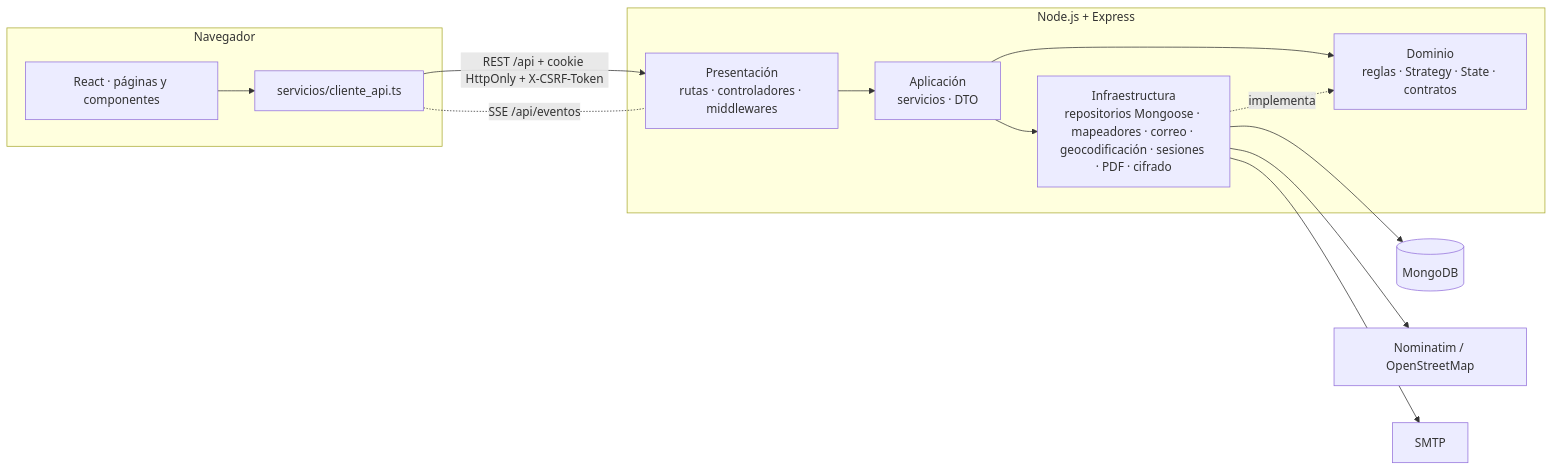
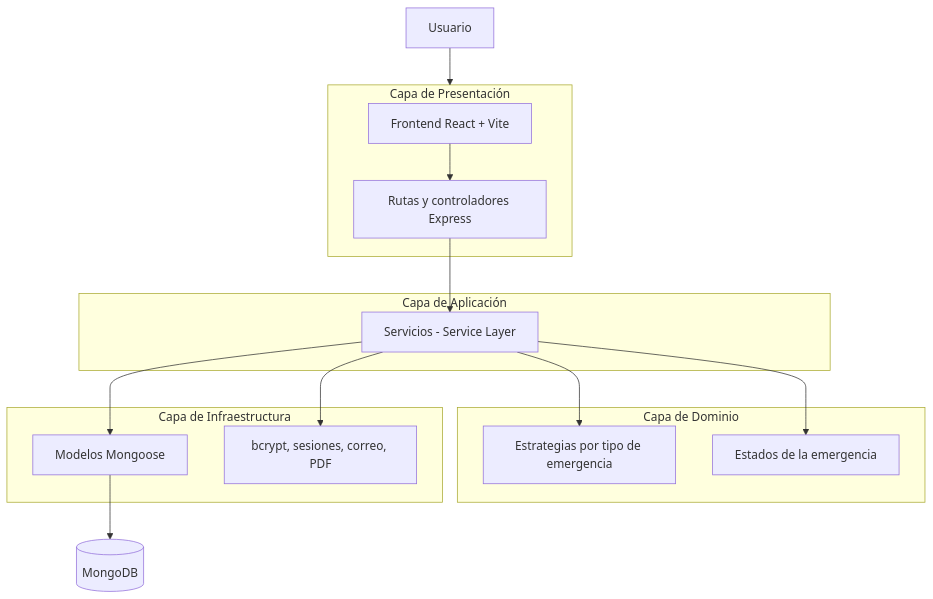
Before and after one commit to GeraldineTequia/SIGRICN: the first of 4 diagrams in README.md, drawn with Mermaid. The commit also changed other lines of this file, not shown here.

````diff
--- a/README.md
+++ b/README.md
@@ -125,17 +113,24 @@
 ```mermaid
-flowchart LR
-  subgraph Navegador
-    UI[React · páginas y componentes] --> SRV[servicios/cliente_api.ts]
-  end
-  SRV -- "REST /api + cookie HttpOnly + X-CSRF-Token" --> P
-  SRV -. "SSE /api/eventos" .- P
-  subgraph Backend [Node.js + Express]
-    P[Presentación<br/>rutas · controladores · middlewares] --> A[Aplicación<br/>servicios · DTO]
-    A --> D[Dominio<br/>reglas · Strategy · State · contratos]
-    A --> I[Infraestructura<br/>repositorios Mongoose · mapeadores · correo · geocodificación · sesiones · PDF · cifrado]
-    I -. implementa .-> D
-  end
-  I --> M[(MongoDB)]
-  I --> N[Nominatim / OpenStreetMap]
-  I --> S[SMTP]
+flowchart TB
+    U[Usuario] --> P
+    subgraph P[Capa de Presentación]
+        FE[Frontend React + Vite] --> API[Rutas y controladores Express]
+    end
+    subgraph A[Capa de Aplicación]
+        SV[Servicios - Service Layer]
+    end
+    subgraph D[Capa de Dominio]
+        ST[Estrategias por tipo de emergencia]
+        SE[Estados de la emergencia]
+    end
+    subgraph I[Capa de Infraestructura]
+        M[Modelos Mongoose]
+        SEG[bcrypt, sesiones, correo, PDF]
+    end
+    API --> SV
+    SV --> ST
+    SV --> SE
+    SV --> M
+    SV --> SEG
+    M --> DB[(MongoDB)]
 ```
````
